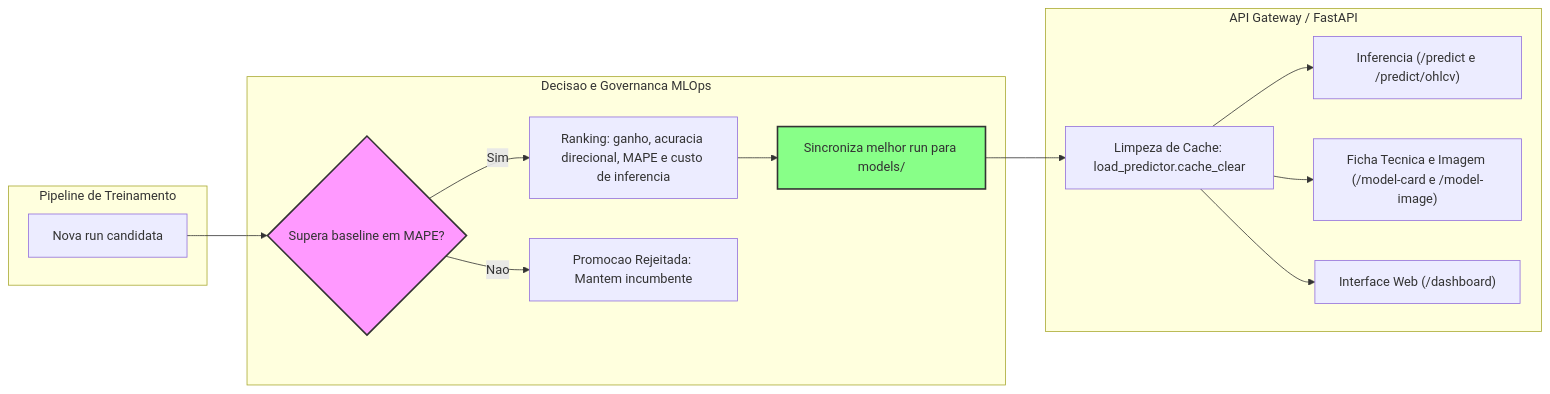
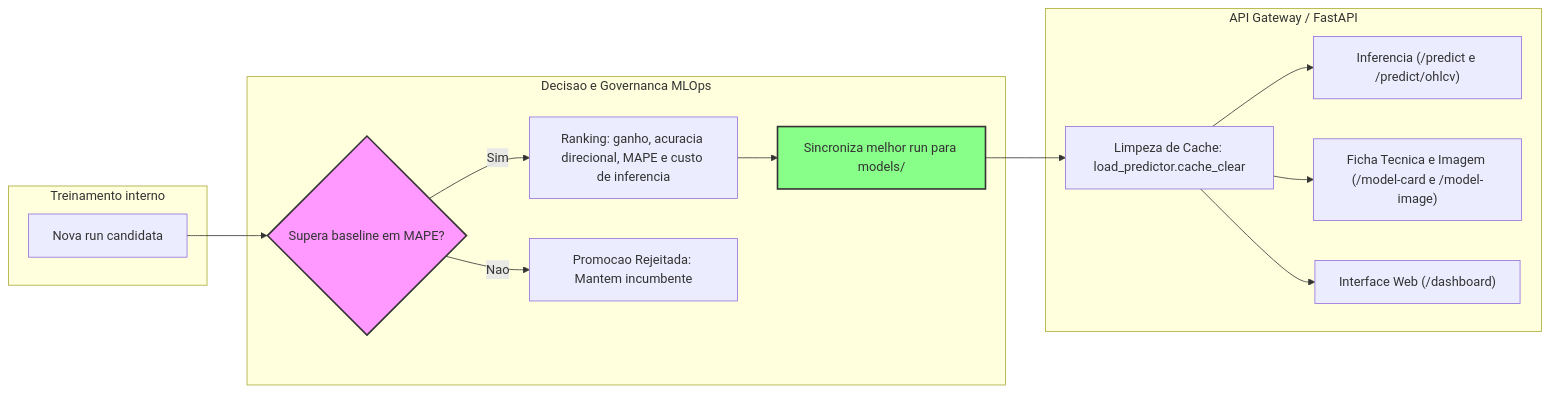
One commit to wildersa/fiap_tech_cha_fase4 changed the second of 2 diagrams in README.md. Above: the diagram before and after it, drawn with Mermaid. The commit also changed other lines of this file, not shown here.

````diff
--- a/README.md
+++ b/README.md
@@ -104,23 +104,23 @@
 ```mermaid
 flowchart LR
-    subgraph train_pipeline["Pipeline de Treinamento"]
+    subgraph train_flow["Treinamento interno"]
         T[Nova run candidata]
     end
 
     subgraph mlops_decision["Decisao e Governanca MLOps"]
         T --> CVC{Supera baseline em MAPE?}
         CVC -- Sim --> RANK[Ranking: ganho, acuracia direcional, MAPE e custo de inferencia]
         CVC -- Nao --> REJ[Promocao Rejeitada: Mantem incumbente]
         RANK --> PM[Sincroniza melhor run para models/]
     end
 
     subgraph api_gateway["API Gateway / FastAPI"]
         PM --> CC[Limpeza de Cache: load_predictor.cache_clear]
         CC --> EP["Inferencia (/predict e /predict/ohlcv)"]
         CC --> MC["Ficha Tecnica e Imagem (/model-card e /model-image)"]
         CC --> DB["Interface Web (/dashboard)"]
     end
 
     style CVC fill:#f9f,stroke:#333,stroke-width:2px
     style PM fill:#8f8,stroke:#333,stroke-width:2px
 ```
````
